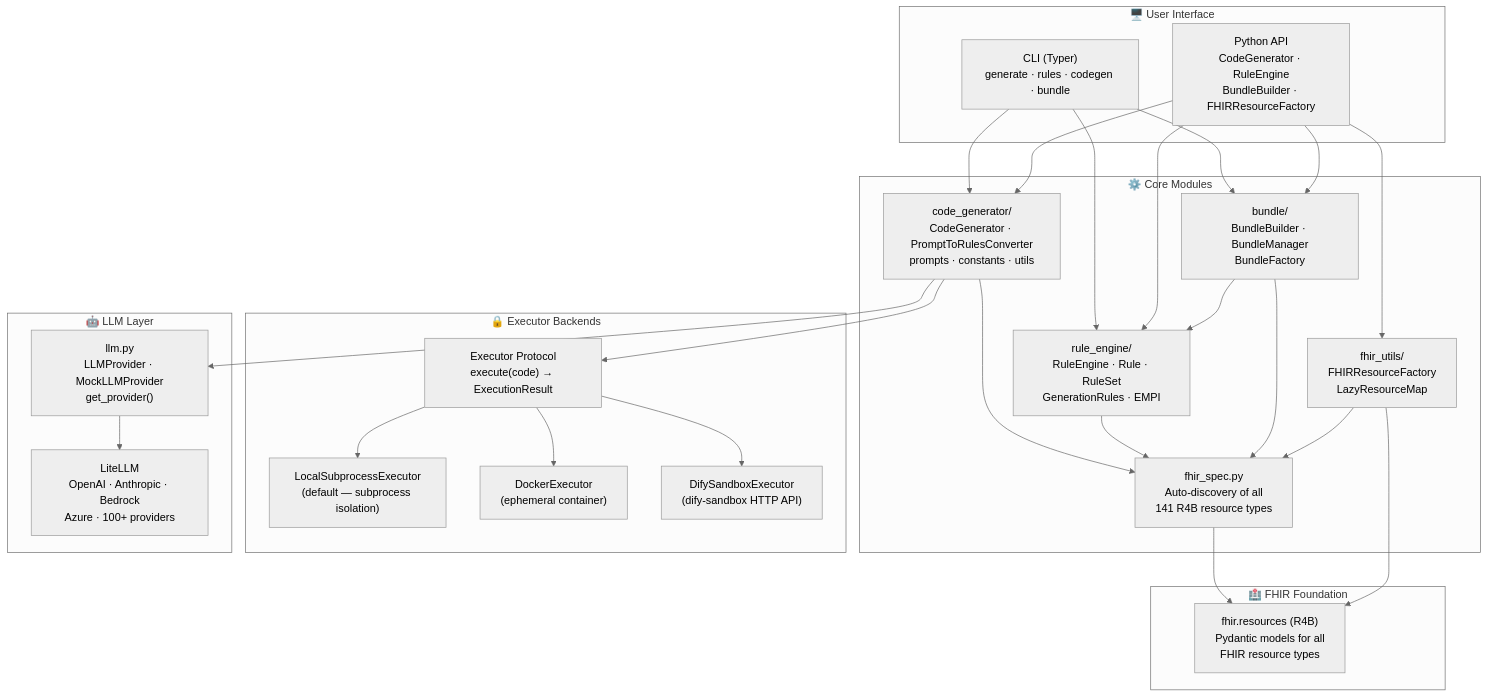
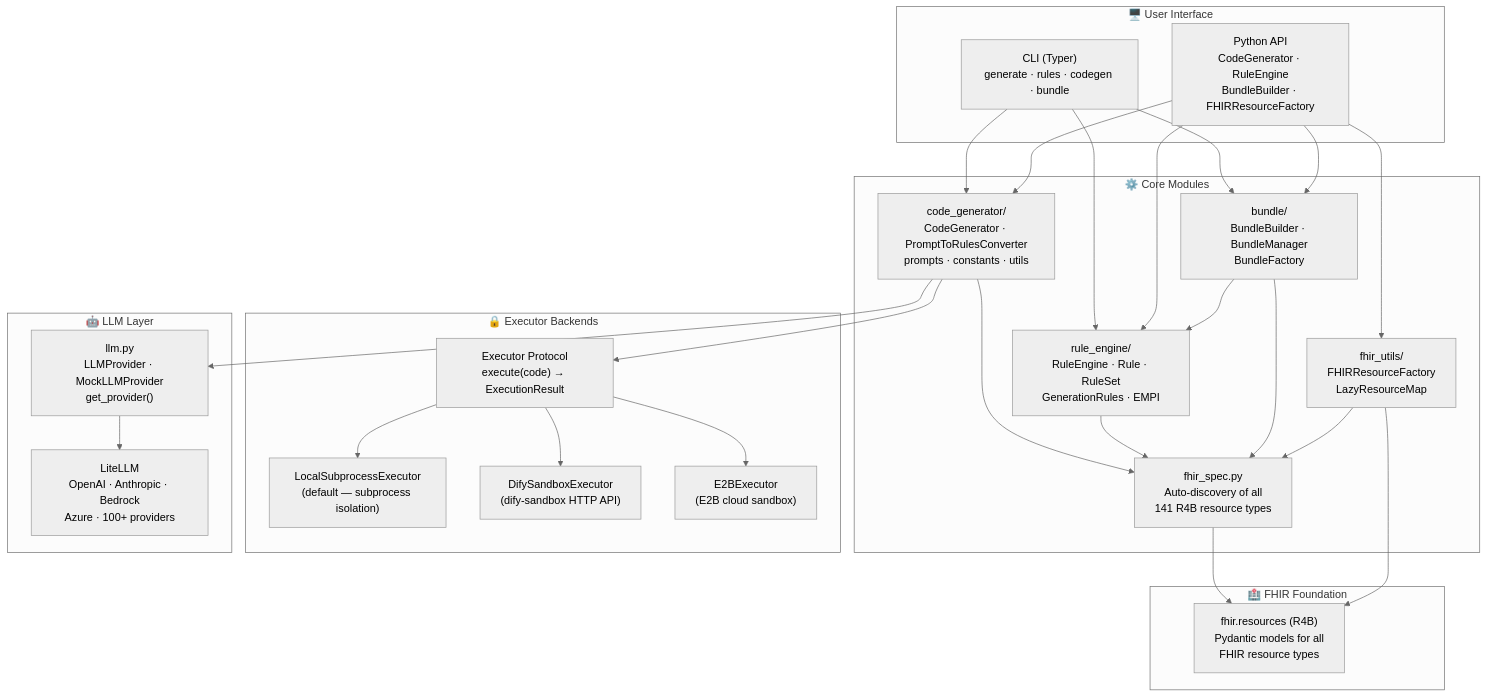
One commit to alvinhenrick/fhir-synth changed the first of 3 diagrams in docs/architecture.md. Above: the diagram before and after it, drawn with Mermaid (neutral theme). The commit also changed other lines of this file and 15 other files, not shown here.

````diff
--- a/docs/architecture.md
+++ b/docs/architecture.md
@@ -5,54 +5,54 @@
 ```mermaid
 graph TB
     subgraph UI["🖥️ User Interface"]
         CLI["CLI (Typer)\ngenerate · rules · codegen · bundle"]
         API["Python API\nCodeGenerator · RuleEngine\nBundleBuilder · FHIRResourceFactory"]
     end
 
     subgraph CORE["⚙️ Core Modules"]
         CG["code_generator/\nCodeGenerator · PromptToRulesConverter\nprompts · constants · utils"]
         RE["rule_engine/\nRuleEngine · Rule · RuleSet\nGenerationRules · EMPI"]
         BB["bundle/\nBundleBuilder · BundleManager\nBundleFactory"]
         FU["fhir_utils/\nFHIRResourceFactory\nLazyResourceMap"]
         FS["fhir_spec.py\nAuto-discovery of all\n141 R4B resource types"]
     end
 
     subgraph EXEC["🔒 Executor Backends"]
         EX_IF["Executor Protocol\nexecute(code) → ExecutionResult"]
         LOCAL["LocalSubprocessExecutor\n(default — subprocess isolation)"]
-        DOCKER["DockerExecutor\n(ephemeral container)"]
         DIFY["DifySandboxExecutor\n(dify-sandbox HTTP API)"]
+        E2B["E2BExecutor\n(E2B cloud sandbox)"]
     end
 
     subgraph LLM_LAYER["🤖 LLM Layer"]
         LLM["llm.py\nLLMProvider · MockLLMProvider\nget_provider()"]
         LITELLM["LiteLLM\nOpenAI · Anthropic · Bedrock\nAzure · 100+ providers"]
     end
 
     subgraph FHIR["🏥 FHIR Foundation"]
         FR["fhir.resources (R4B)\nPydantic models for all\nFHIR resource types"]
     end
 
     CLI --> CG
     CLI --> RE
     CLI --> BB
     API --> CG
     API --> RE
     API --> BB
     API --> FU
 
     CG --> EX_IF
     EX_IF --> LOCAL
-    EX_IF --> DOCKER
     EX_IF --> DIFY
+    EX_IF --> E2B
 
     CG --> LLM
     CG --> FS
     RE --> FS
     BB --> RE
     BB --> FS
     FU --> FS
     LLM --> LITELLM
     FS --> FR
     FU --> FR
 ```
````
